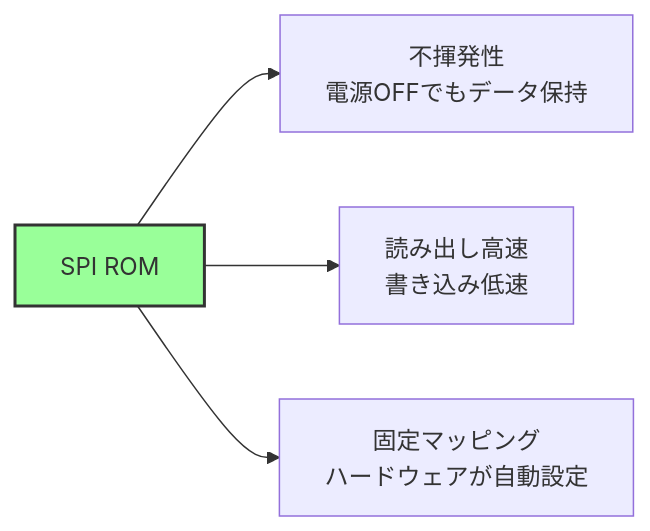
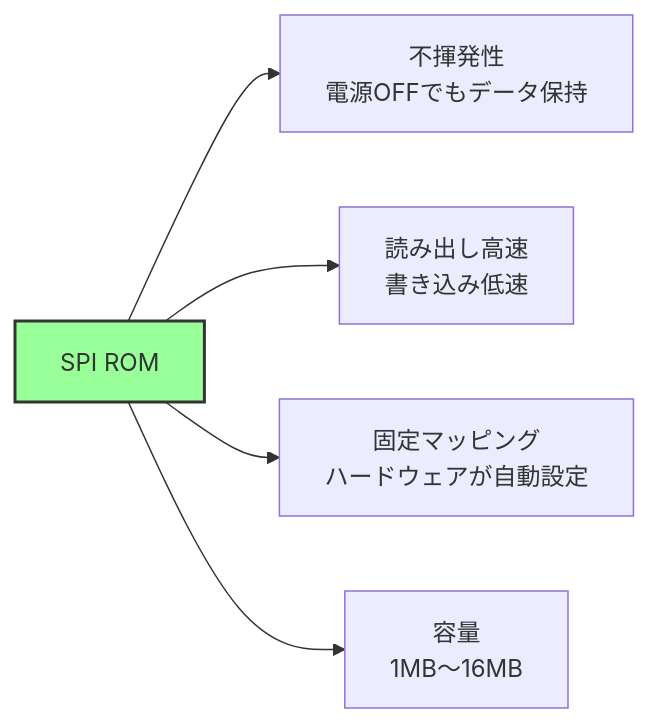
Before and after one commit to anjn/bios-introduction: the eighth of 10 diagrams in src/part1/01-reset-vector.md, drawn with Mermaid. The commit also changed other lines of this file and 4 other files, not shown here.

````diff
--- a/src/part1/01-reset-vector.md
+++ b/src/part1/01-reset-vector.md
@@ -337,8 +449,9 @@
 ```mermaid
 graph LR
     A[SPI ROM] --> B[不揮発性<br/>電源OFFでもデータ保持]
     A --> C[読み出し高速<br/>書き込み低速]
     A --> D[固定マッピング<br/>ハードウェアが自動設定]
+    A --> E[容量<br/>1MB～16MB]
 
     style A fill:#9f9,stroke:#333,stroke-width:2px
 ```
````
